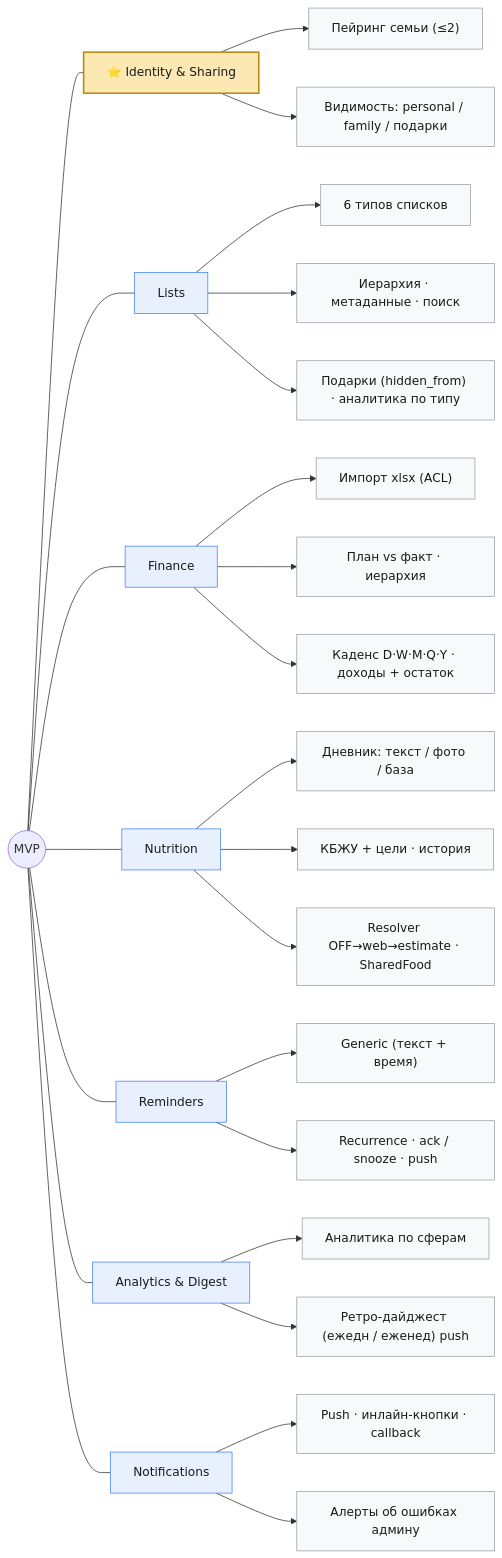
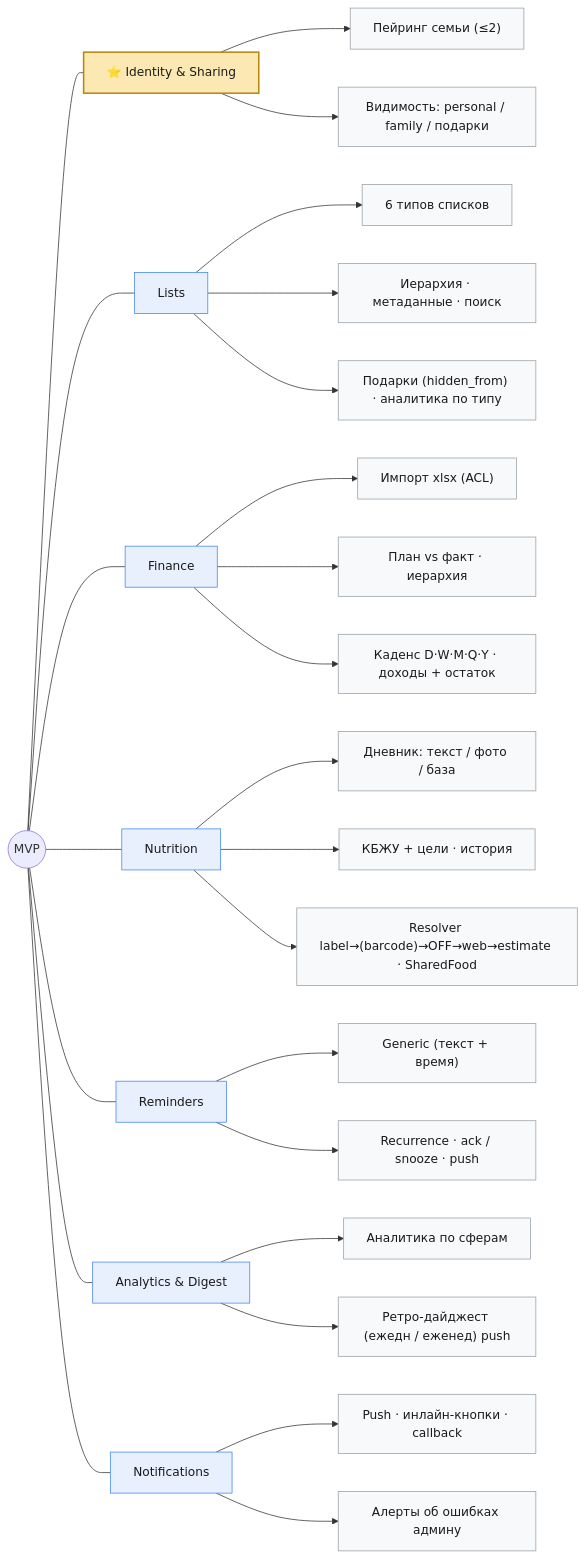
One commit to SkeiLeinux/Assistent_bot changed the diagram in docs/07_diagrams/overview/05-feature-map.mermaid. Above: the diagram before and after it, drawn with Mermaid. The commit also changed 43 other files, not shown here.

```diff
--- a/docs/07_diagrams/overview/05-feature-map.mermaid
+++ b/docs/07_diagrams/overview/05-feature-map.mermaid
@@ -1,36 +1,36 @@
 %% Карта фич MVP «в одном экране»
 %% Derived from: MVP_Requirements §4, CLAUDE §6. SSOT — docs/01_requirements.
 flowchart LR
   ROOT(("MVP"))
   ROOT --- ID["⭐ Identity & Sharing"]
   ROOT --- L["Lists"]
   ROOT --- F["Finance"]
   ROOT --- N["Nutrition"]
   ROOT --- R["Reminders"]
   ROOT --- A["Analytics & Digest"]
   ROOT --- NT["Notifications"]
 
   ID --> ID1["Пейринг семьи (≤2)"]
   ID --> ID2["Видимость: personal / family / подарки"]
   L --> L1["6 типов списков"]
   L --> L2["Иерархия · метаданные · поиск"]
   L --> L3["Подарки (hidden_from) · аналитика по типу"]
   F --> F1["Импорт xlsx (ACL)"]
   F --> F2["План vs факт · иерархия"]
   F --> F3["Каденс D·W·M·Q·Y · доходы + остаток"]
   N --> N1["Дневник: текст / фото / база"]
   N --> N2["КБЖУ + цели · история"]
-  N --> N3["Resolver OFF→web→estimate · SharedFood"]
+  N --> N3["Resolver label→(barcode)→OFF→web→estimate · SharedFood"]
   R --> R1["Generic (текст + время)"]
   R --> R2["Recurrence · ack / snooze · push"]
   A --> A1["Аналитика по сферам"]
   A --> A2["Ретро-дайджест (ежедн / еженед) push"]
   NT --> NT1["Push · инлайн-кнопки · callback"]
   NT --> NT2["Алерты об ошибках админу"]
 
   classDef kernel fill:#FCE8B2,stroke:#B8860B,stroke-width:2px,color:#1a1a1a;
   classDef dom fill:#E8F0FE,stroke:#4285F4,color:#1a1a1a;
   classDef feat fill:#F8F9FA,stroke:#9aa0a6,color:#1a1a1a;
   class ID kernel;
   class L,F,N,R,A,NT dom;
   class ID1,ID2,L1,L2,L3,F1,F2,F3,N1,N2,N3,R1,R2,A1,A2,NT1,NT2 feat;
```
